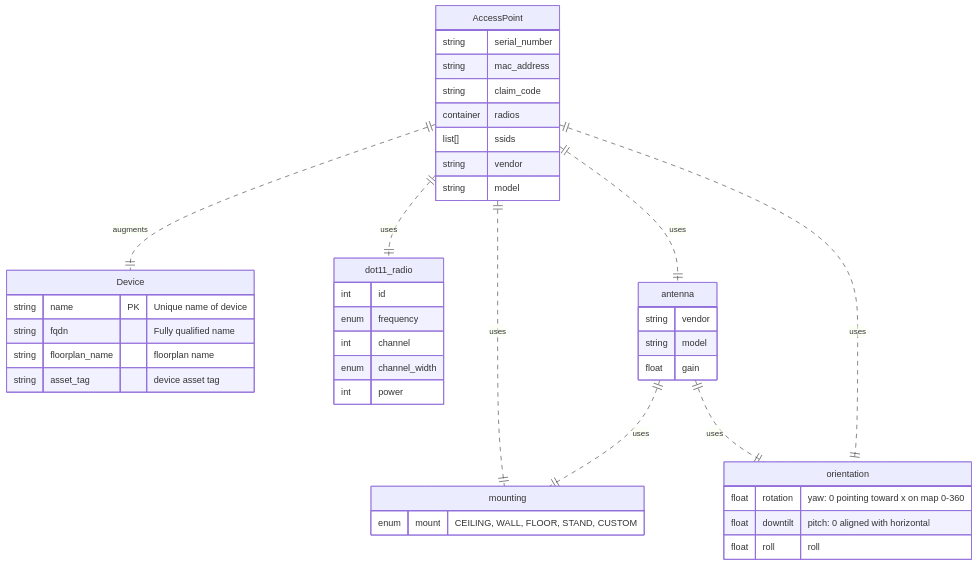
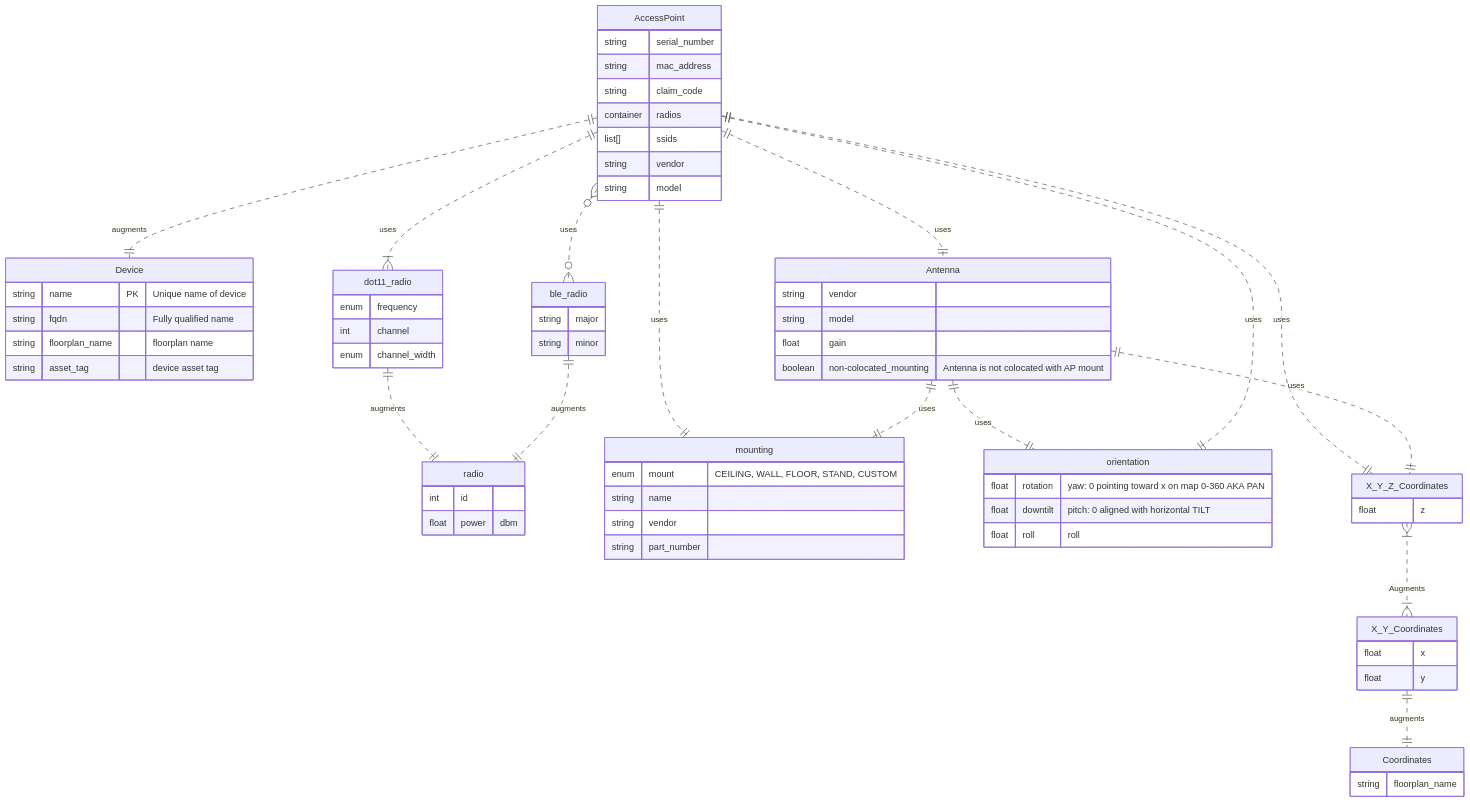
One commit to google/openintent changed the second of 3 diagrams in docs/model_ideas.md. Above: the diagram before and after it, drawn with Mermaid. The commit also changed other lines of this file, not shown here.

Commit message:
"Updating model ideas from mar-8th meeting."

````diff
--- a/docs/model_ideas.md
+++ b/docs/model_ideas.md
@@ -88,37 +101,70 @@
         list[] ssids
         string vendor
         string model
+
         
     }
-    AccessPoint ||..||dot11_radio: uses
+
+    AccessPoint ||..|{ dot11_radio: uses
+    radio {
+        int id
+        float power "dbm"
+    }
+    dot11_radio ||..|| radio: augments
     dot11_radio {
-        int id
         enum frequency
         int channel
         enum channel_width
-        int power
     }
-    AccessPoint ||..|| antenna : uses
-    antenna {
+    ble_radio ||..|| radio: augments
+    ble_radio{
+        string major
+        string minor
+
+    }
+    AccessPoint }o..o{ ble_radio: uses
+    AccessPoint ||..|| Antenna : uses
+    Antenna {
         string vendor
         string model
         float gain
-
+        boolean non-colocated_mounting "Antenna is not colocated with AP mount"
     }
 
     AccessPoint ||..|| mounting : uses
-    antenna ||..|| mounting : uses
+    Antenna ||..|| mounting : uses
 
-    antenna ||..|| orientation : uses
+    Antenna ||..|| orientation : uses
     AccessPoint ||..|| orientation : uses
     orientation {
-        float rotation "yaw: 0 pointing toward x on map 0-360"
-        float downtilt "pitch: 0 aligned with horizontal"
+        float rotation "yaw: 0 pointing toward x on map 0-360 AKA PAN"
+        float downtilt "pitch: 0 aligned with horizontal TILT"
         float roll "roll"
     }
 
     mounting {
         enum mount "CEILING, WALL, FLOOR, STAND, CUSTOM"
+        string name 
+        string vendor
+        string part_number
     }
 
+    Coordinates {
+        string floorplan_name
+    }
+
+
+    X_Y_Coordinates {
+        float x
+        float y
+    }
+    X_Y_Coordinates ||..|| Coordinates: augments
+    X_Y_Z_Coordinates {
+        float z
+    }
+    X_Y_Z_Coordinates }|..|{ X_Y_Coordinates : Augments
+
+    AccessPoint ||..|| X_Y_Z_Coordinates : uses
+    Antenna ||..|| X_Y_Z_Coordinates: uses
+
 ```
````
